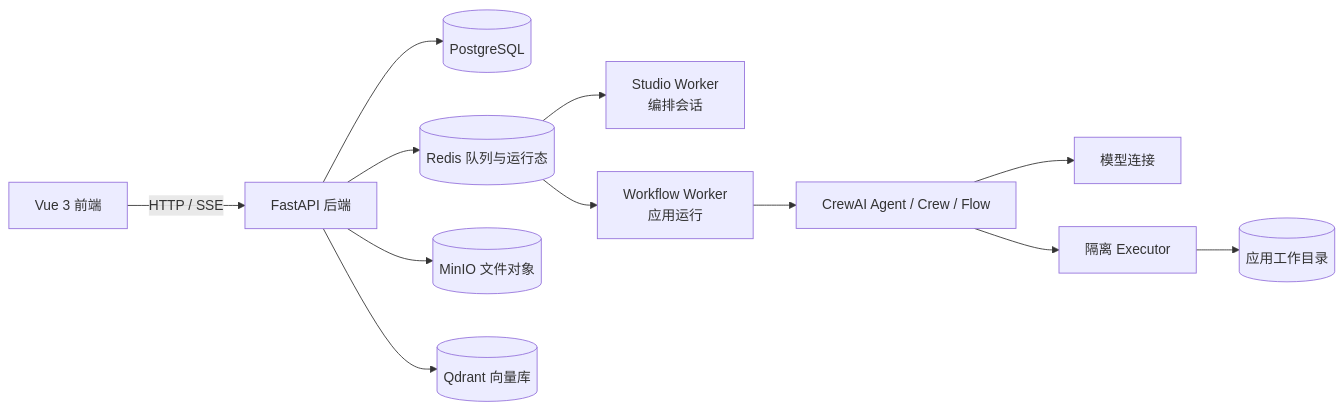
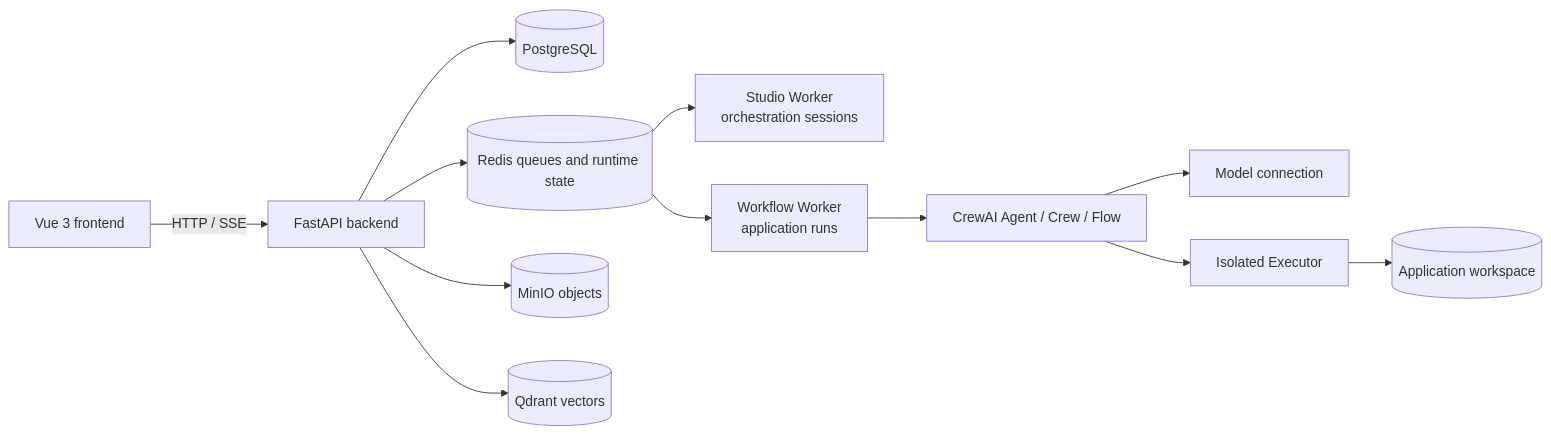
Before and after one commit to bammt/XuanShu-Agent: the diagram in README.md, drawn with Mermaid. The commit also changed other lines of this file and 16 other files, not shown here.

````diff
--- a/README.md
+++ b/README.md
@@ -47,14 +51,14 @@
 ```mermaid
 flowchart LR
-    Browser[Vue 3 前端] -->|HTTP / SSE| API[FastAPI 后端]
+    Browser[Vue 3 frontend] -->|HTTP / SSE| API[FastAPI backend]
     API --> PG[(PostgreSQL)]
-    API --> Redis[(Redis 队列与运行态)]
-    API --> MinIO[(MinIO 文件对象)]
-    API --> Qdrant[(Qdrant 向量库)]
-    Redis --> Studio[Studio Worker<br/>编排会话]
-    Redis --> Worker[Workflow Worker<br/>应用运行]
+    API --> Redis[(Redis queues and runtime state)]
+    API --> MinIO[(MinIO objects)]
+    API --> Qdrant[(Qdrant vectors)]
+    Redis --> Studio[Studio Worker<br/>orchestration sessions]
+    Redis --> Worker[Workflow Worker<br/>application runs]
     Worker --> CrewAI[CrewAI Agent / Crew / Flow]
-    CrewAI --> Model[模型连接]
-    CrewAI --> Executor[隔离 Executor]
-    Executor --> Workspace[(应用工作目录)]
+    CrewAI --> Model[Model connection]
+    CrewAI --> Executor[Isolated Executor]
+    Executor --> Workspace[(Application workspace)]
 ```
````
